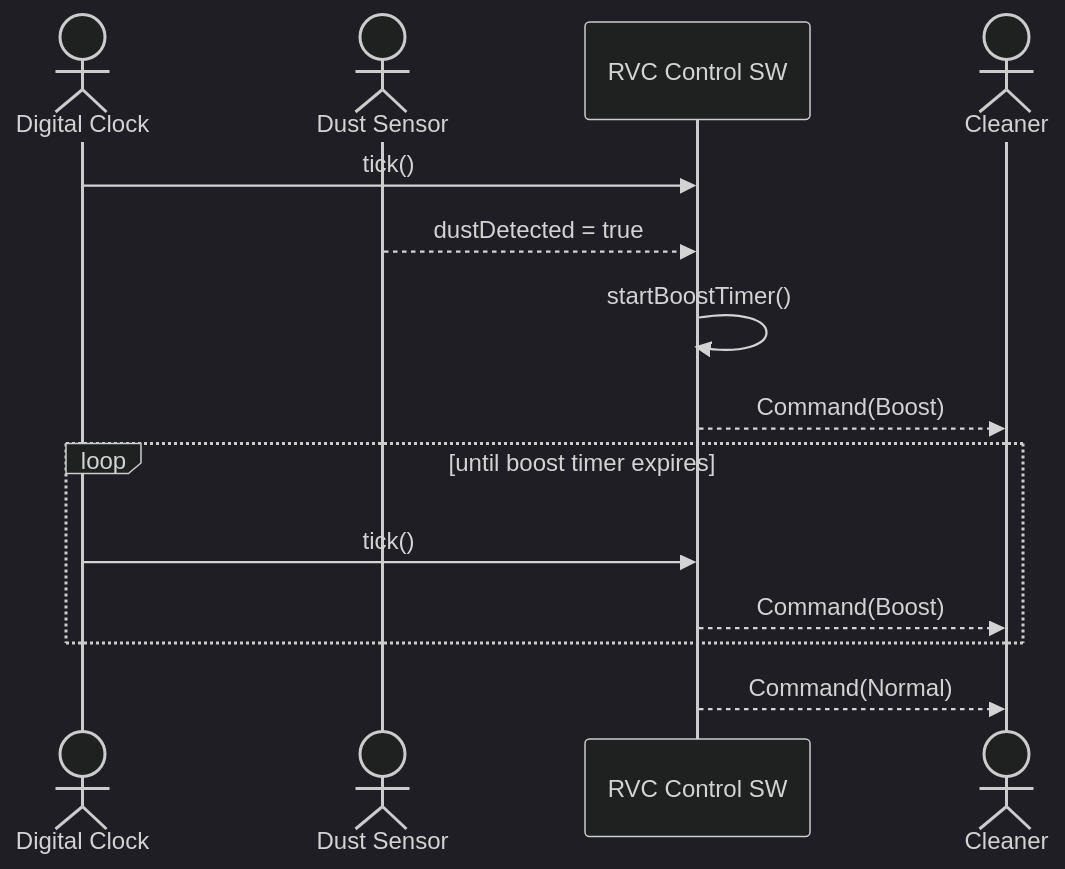
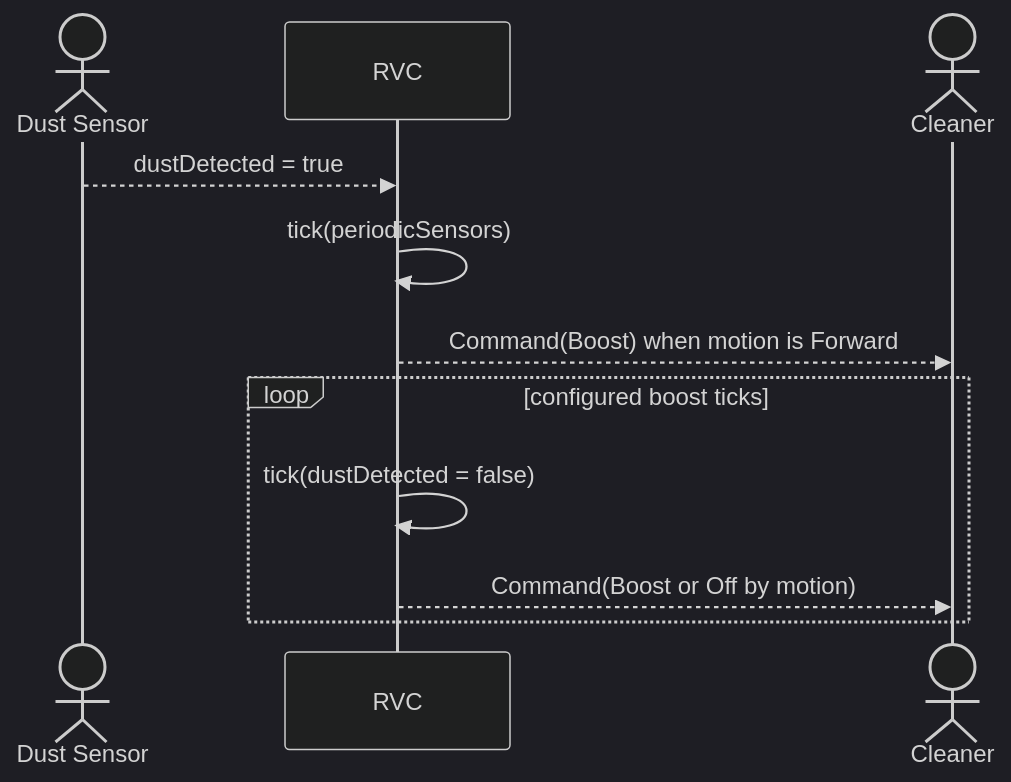
Before and after one commit to reload02/ooad-vibe: the fourth of 6 diagrams in docs/ooa_ssd.md, drawn with Mermaid (dark theme). The commit also changed other lines of this file and 18 other files, not shown here.

First line of the commit message:
Refactor RVC architecture to enhance modularity and maintainability

````diff
--- a/docs/ooa_ssd.md
+++ b/docs/ooa_ssd.md
@@ -86,17 +54,14 @@
 ```mermaid
 sequenceDiagram
-    actor Clock as Digital Clock
     actor DustSensor as Dust Sensor
-    participant System as RVC Control SW
+    participant RVC as RVC
     actor Cleaner
 
-    Clock->>System: tick()
-    DustSensor-->>System: dustDetected = true
-    System->>System: startBoostTimer()
-    System-->>Cleaner: Command(Boost)
-    loop until boost timer expires
-        Clock->>System: tick()
-        System-->>Cleaner: Command(Boost)
+    DustSensor-->>RVC: dustDetected = true
+    RVC->>RVC: tick(periodicSensors)
+    RVC-->>Cleaner: Command(Boost) when motion is Forward
+    loop configured boost ticks
+        RVC->>RVC: tick(dustDetected = false)
+        RVC-->>Cleaner: Command(Boost or Off by motion)
     end
-    System-->>Cleaner: Command(Normal)
 ```
````
